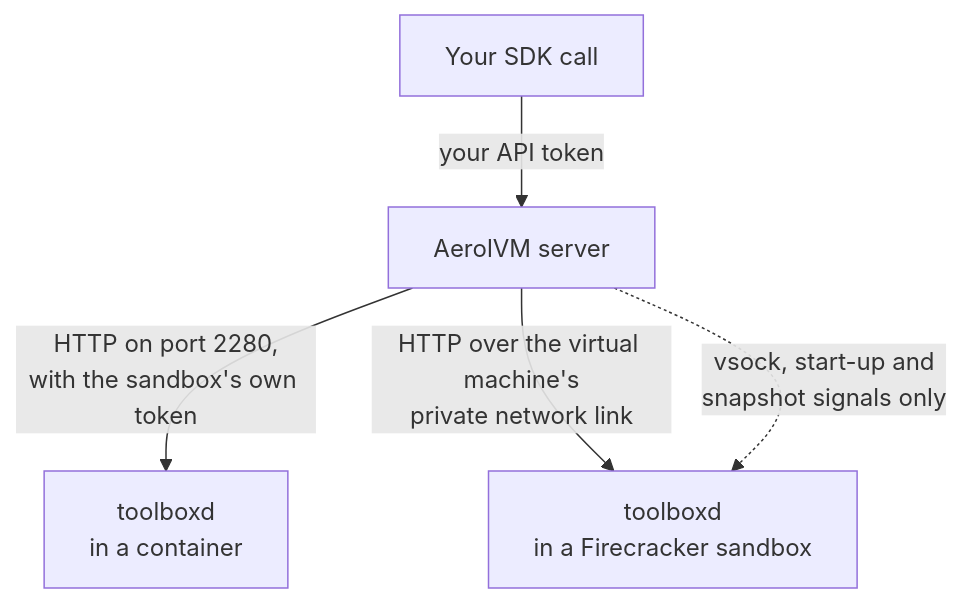
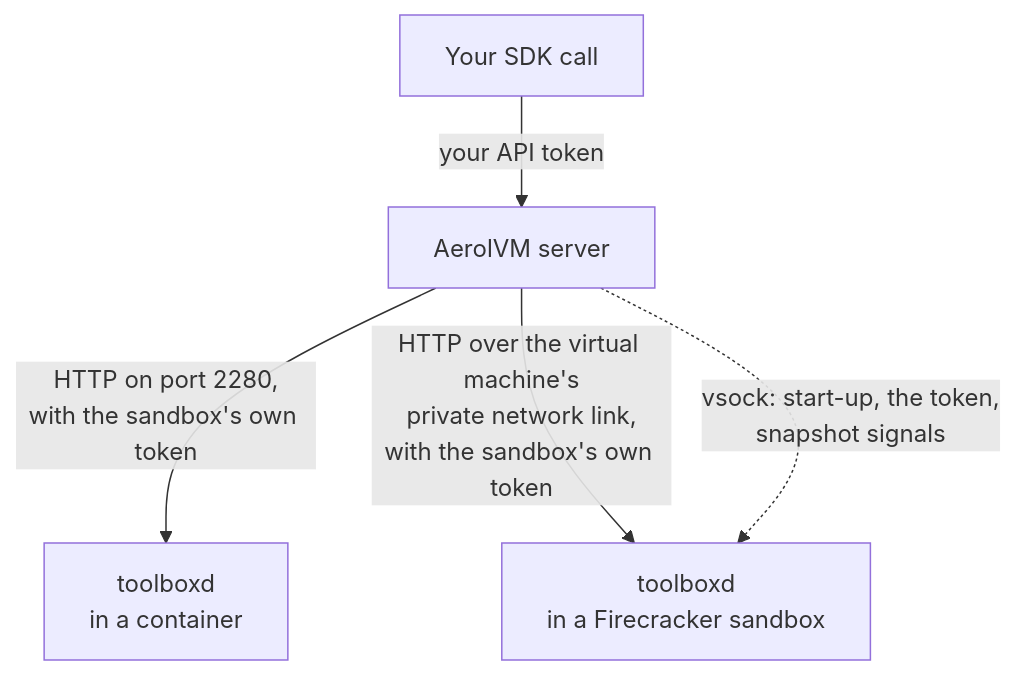
Before and after one commit to aerol-ai/microvm: the fifth of 6 diagrams in docs/src/content/docs/engineering-isolation.mdx, drawn with Mermaid. The commit also changed other lines of this file and 3 other files, not shown here.

First line of the commit message:
docs: Firecracker agents are adopted with a token; guests are fenced off

````diff
--- a/docs/src/content/docs/engineering-isolation.mdx
+++ b/docs/src/content/docs/engineering-isolation.mdx
@@ -224,7 +225,7 @@
 ```mermaid
 flowchart TB
     SDK["Your SDK call"] -- "your API token" --> S["AerolVM server"]
     S -- "HTTP on port 2280,<br/>with the sandbox's own token" --> TC["toolboxd<br/>in a container"]
-    S -- "HTTP over the virtual machine's<br/>private network link" --> TF["toolboxd<br/>in a Firecracker sandbox"]
-    S -. "vsock, start-up and<br/>snapshot signals only" .-> TF
+    S -- "HTTP over the virtual machine's<br/>private network link,<br/>with the sandbox's own token" --> TF["toolboxd<br/>in a Firecracker sandbox"]
+    S -. "vsock: start-up, the token,<br/>snapshot signals" .-> TF
 ```
````
